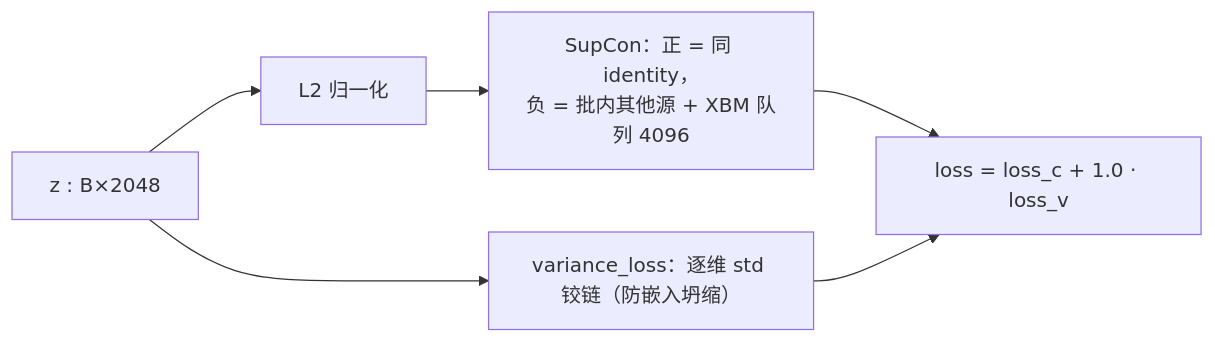
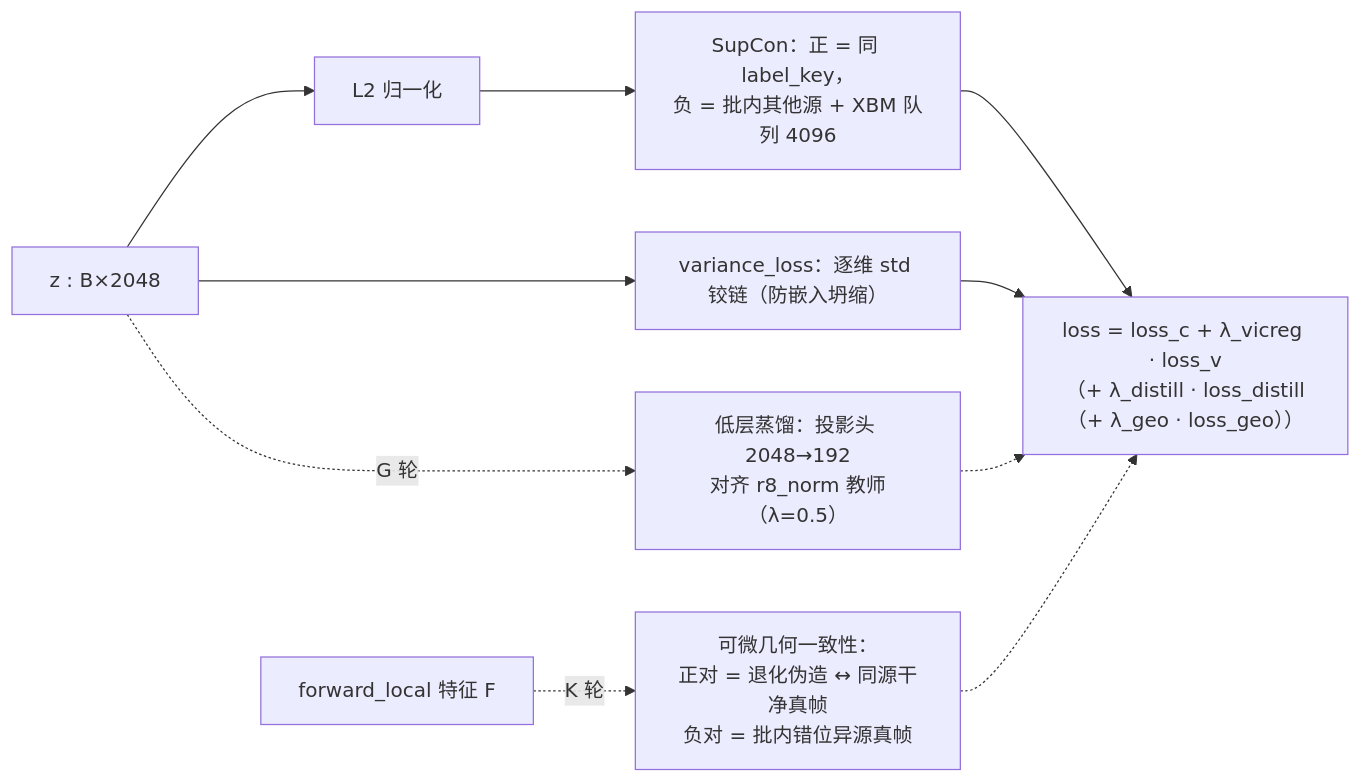
Before and after one commit to Lukas-VI/AURA: the sixth of 9 diagrams in docs/AURA_模型结构图.md, drawn with Mermaid. The commit also changed other lines of this file and 40 other files, not shown here.

````diff
--- a/docs/AURA_模型结构图.md
+++ b/docs/AURA_模型结构图.md
@@ -91,8 +110,13 @@
 ```mermaid
 flowchart LR
     Z["z : B×2048"] --> N["L2 归一化"]
-    N --> SC["SupCon：正 = 同 identity，<br/>负 = 批内其他源 + XBM 队列 4096"]
+    N --> SC["SupCon：正 = 同 label_key，<br/>负 = 批内其他源 + XBM 队列 4096"]
     Z --> V["variance_loss：逐维 std 铰链（防嵌入坍缩）"]
-    SC --> L["loss = loss_c + 1.0 · loss_v"]
+    SC --> L["loss = loss_c + λ_vicreg · loss_v<br/>（+ λ_distill · loss_distill<br/>（+ λ_geo · loss_geo））"]
     V --> L
+
+    Z -. G 轮 .-> DIS["低层蒸馏：投影头 2048→192<br/>对齐 r8_norm 教师（λ=0.5）"]
+    DIS -.-> L
+    FL["forward_local 特征 F"] -. K 轮 .-> GEO["可微几何一致性：<br/>正对 = 退化伪造 ↔ 同源干净真帧<br/>负对 = 批内错位异源真帧"]
+    GEO -.-> L
 ```
````
